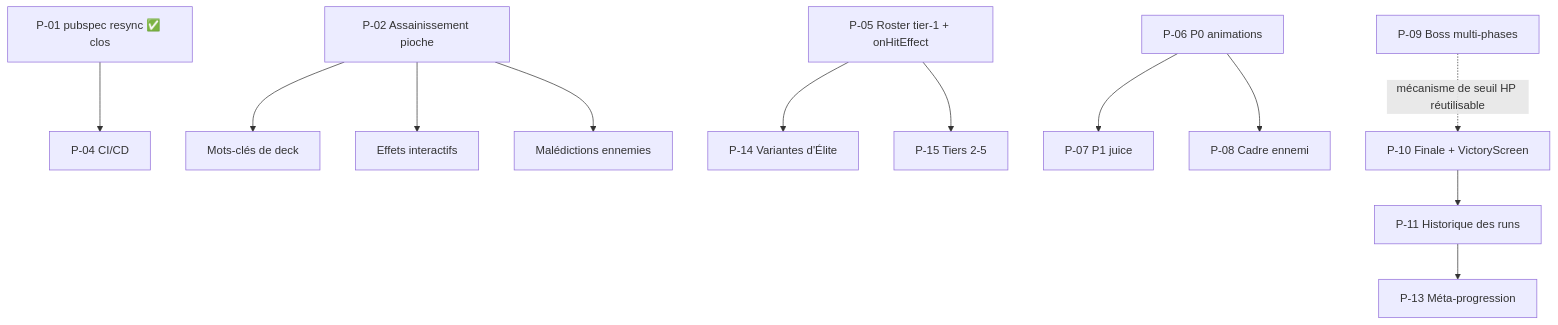
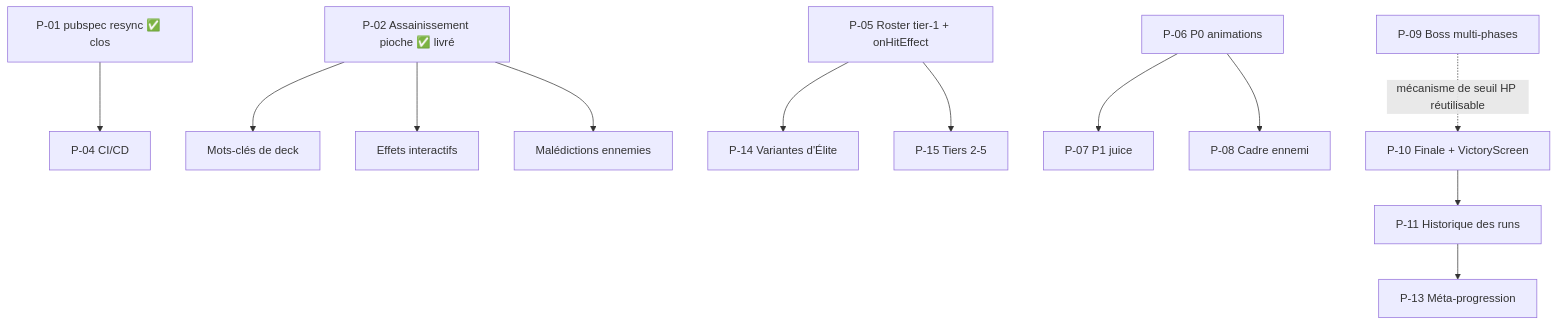
Before and after one commit to Hex-Umbra/hero-s-draft: the second of 3 diagrams in docs/ROADMAP.md, drawn with Mermaid. The commit also changed other lines of this file and 9 other files, not shown here.

First line of the commit message:
docs(P-02): synchronisation du memory bank apres l'assainissement de la pioche

````diff
--- a/docs/ROADMAP.md
+++ b/docs/ROADMAP.md
@@ -48,14 +48,14 @@
 ```mermaid
 graph TD
     P01["P-01 pubspec resync ✅ clos"] --> P04[P-04 CI/CD]
-    P02[P-02 Assainissement pioche] --> B18[Mots-clés de deck]
+    P02["P-02 Assainissement pioche ✅ livré"] --> B18[Mots-clés de deck]
     P02 --> B19[Effets interactifs]
     P02 --> B20[Malédictions ennemies]
     P05[P-05 Roster tier-1 + onHitEffect] --> P14[P-14 Variantes d'Élite]
     P05 --> P15[P-15 Tiers 2-5]
     P06[P-06 P0 animations] --> P07[P-07 P1 juice]
     P06 --> P08[P-08 Cadre ennemi]
     P10[P-10 Finale + VictoryScreen] --> P11[P-11 Historique des runs]
     P11 --> P13[P-13 Méta-progression]
     P09[P-09 Boss multi-phases] -.mécanisme de seuil HP réutilisable.-> P10
 ```
````
